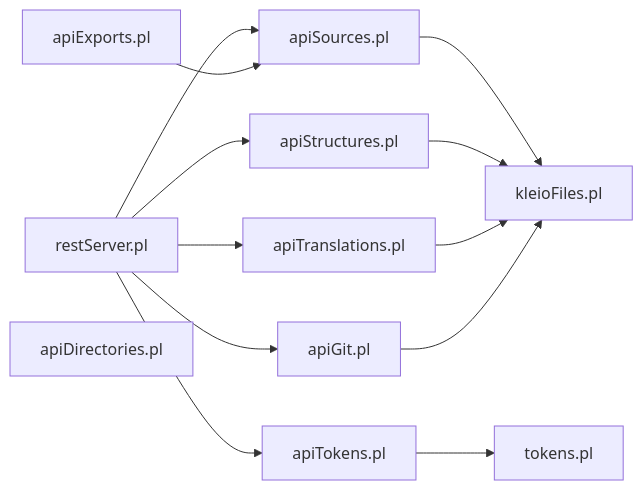
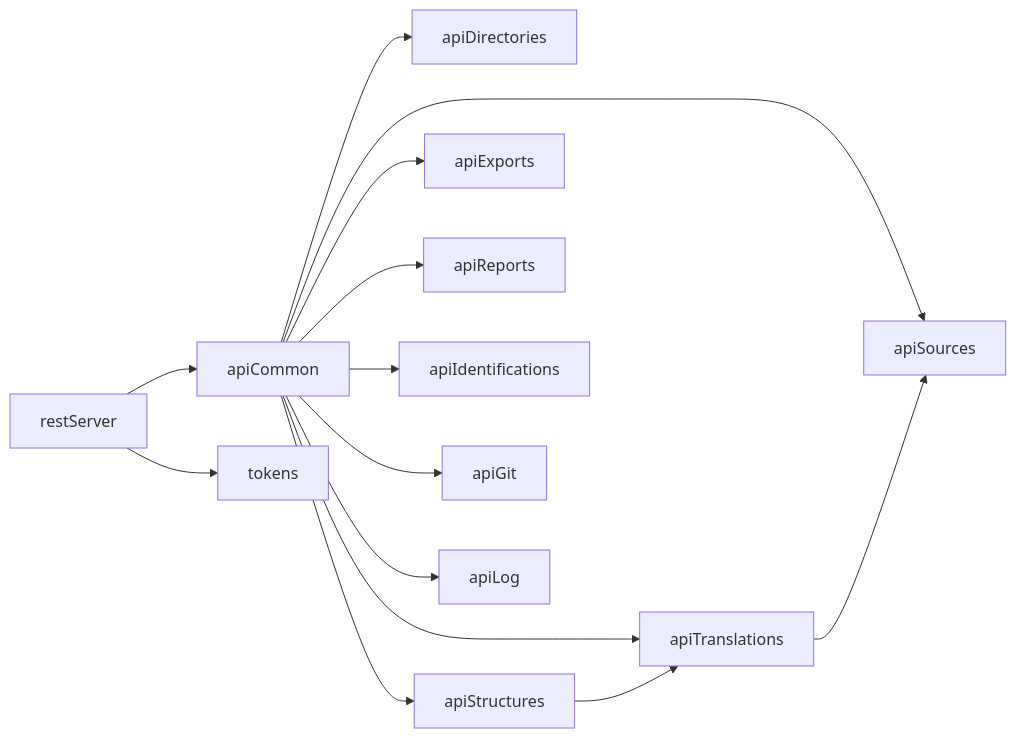
One commit to time-link/timelink-kleio changed the third of 3 diagrams in .qoder/repowiki/en/content/API Reference/API Reference.md. Above: the diagram before and after it, drawn with Mermaid. The commit also changed other lines of this file and 225 other files, not shown here.

````diff
--- a/.qoder/repowiki/en/content/API Reference/API Reference.md
+++ b/.qoder/repowiki/en/content/API Reference/API Reference.md
@@ -481,24 +457,16 @@
 ```mermaid
 graph LR
-RS["restServer.pl"]
-AST["apiStructures.pl"]
-ATS["apiTranslations.pl"]
-AS["apiSources.pl"]
-AT["apiTokens.pl"]
-AG["apiGit.pl"]
-AKF["kleioFiles.pl"]
-TOK["tokens.pl"]
-AEXP["apiExports.pl"]
-AD["apiDirectories.pl"]
-RS --> AS
-RS --> AST
-RS --> ATS
-RS --> AT
-RS --> AG
-AS --> AKF
-AST --> AKF
-ATS --> AKF
-AG --> AKF
-AT --> TOK
-AEXP --> AS
+RS["restServer"] --> AC["apiCommon"]
+AC --> AS["apiSources"]
+AC --> AD["apiDirectories"]
+AC --> AST["apiStructures"]
+AC --> AT["apiTranslations"]
+AC --> AE["apiExports"]
+AC --> AR["apiReports"]
+AC --> AI["apiIdentifications"]
+AC --> AG["apiGit"]
+AC --> AL["apiLog"]
+RS --> TK["tokens"]
+AT --> AS
+AST --> AT
 ```
````
